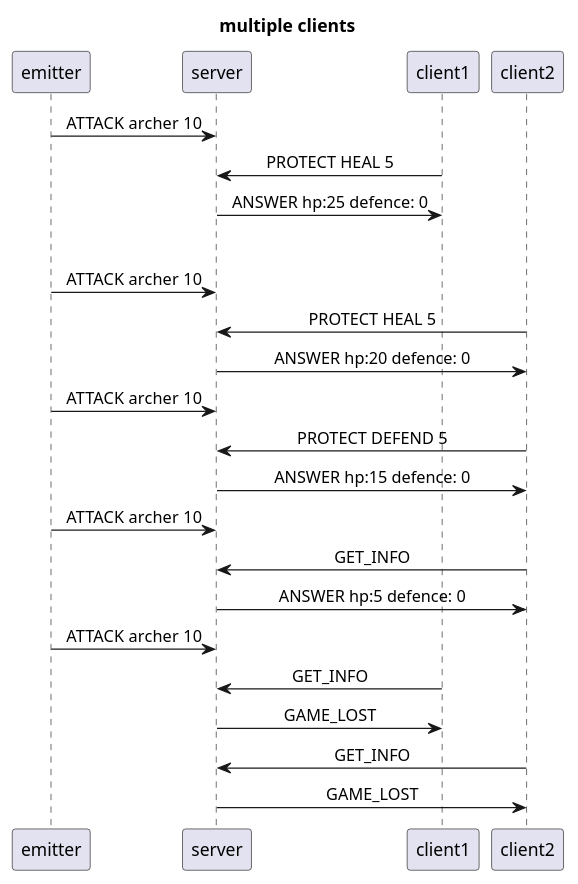
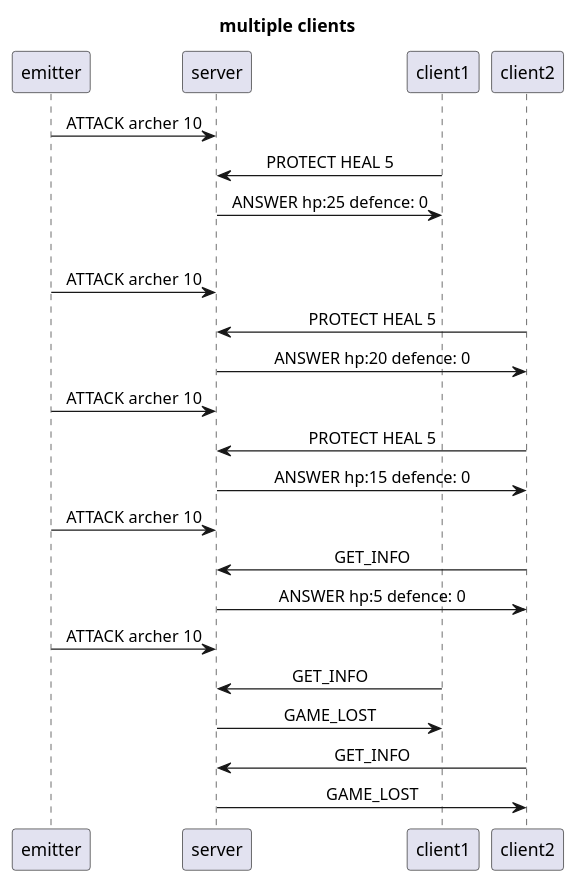
One commit to BetterBlood/DAI-PW3 changed the third of 3 diagrams in diagrams/TowerDefenceDiagram.puml. Above: the diagram before and after it, drawn with PlantUML. The commit also changed 2 other files, not shown here.

Commit message:
fix diagrams + readme

```diff
--- a/diagrams/TowerDefenceDiagram.puml
+++ b/diagrams/TowerDefenceDiagram.puml
@@ -43,36 +43,36 @@
 @startuml
 'https://plantuml.com/sequence-diagram
 skinparam sequenceMessageAlign center
 
 Title multiple clients
 
 emitter -> server: ATTACK archer 10
 
 client1 -> server : PROTECT HEAL 5
 server -> client1: ANSWER hp:25 defence: 0
 
 ||30||
 emitter -> server: ATTACK archer 10
 
 client2 -> server: PROTECT HEAL 5
 server -> client2: ANSWER hp:20 defence: 0
 
 emitter -> server: ATTACK archer 10
 
-client2 -> server: PROTECT DEFEND 5
+client2 -> server: PROTECT HEAL 5
 server -> client2: ANSWER hp:15 defence: 0
 
 emitter -> server: ATTACK archer 10
 
 client2 -> server: GET_INFO
 server -> client2: ANSWER hp:5 defence: 0
 
 emitter -> server: ATTACK archer 10
 
 client1 -> server: GET_INFO
 server -> client1: GAME_LOST
 
 client2 -> server: GET_INFO
 server -> client2: GAME_LOST
 
 @enduml
```
